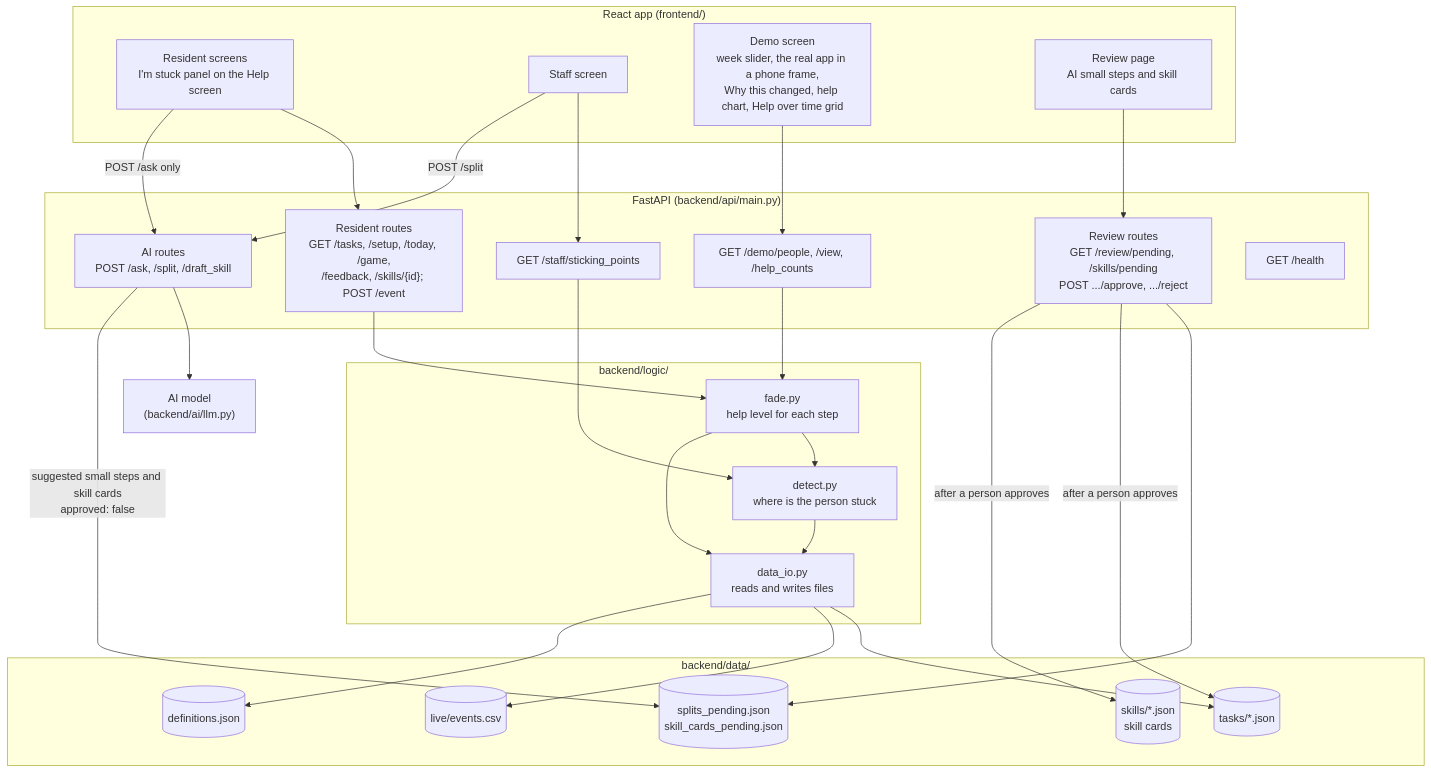
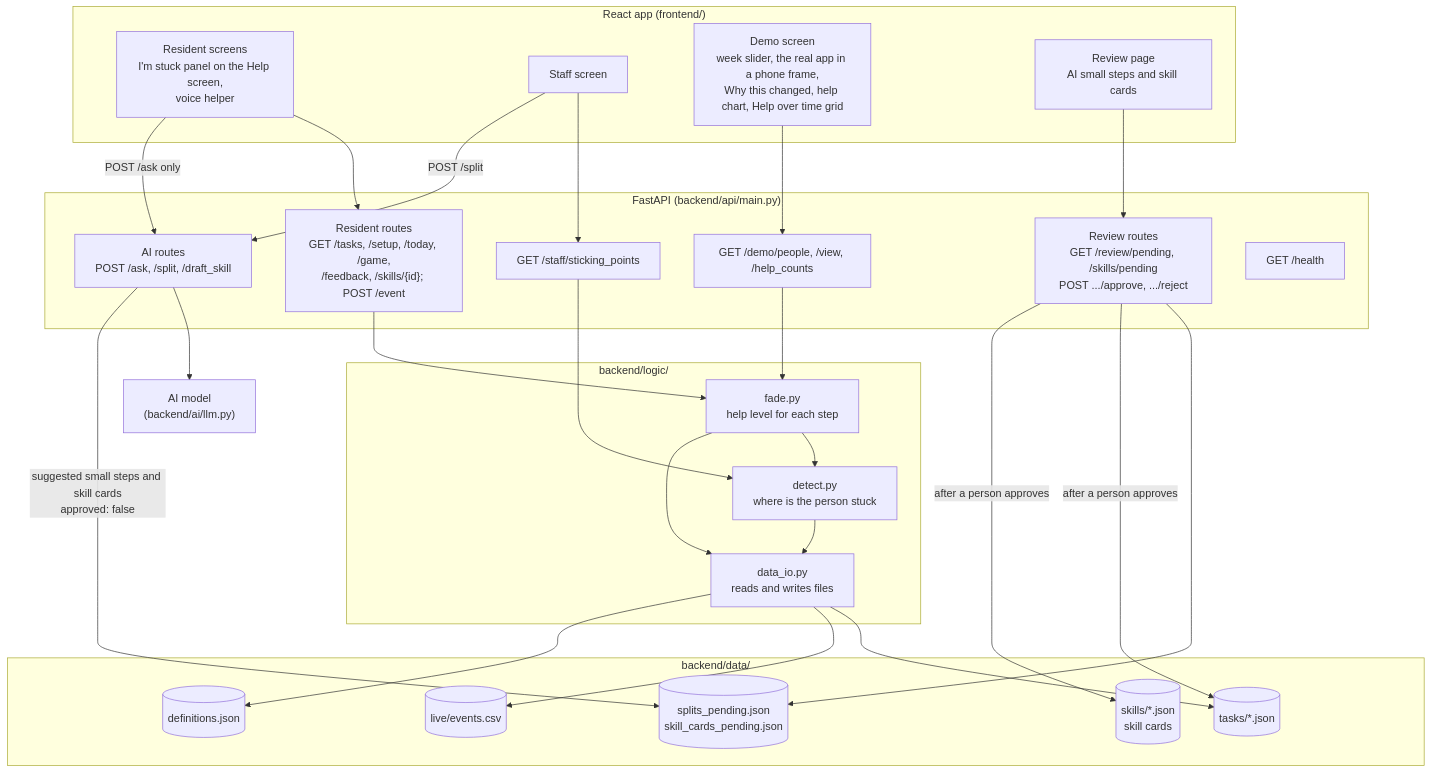
One commit to TeamHavenASU/Carryover changed the diagram in docs/architecture.md. Above: the diagram before and after it, drawn with Mermaid. The commit also changed 6 other files, not shown here.

Commit message:
Docs: match the new UI (read aloud with word highlight, Still stuck? card, voice helper) in guidelines, definitions text, README, ATTRIBUTION, responsible AI, future directions and architecture. Text only.

````diff
--- a/docs/architecture.md
+++ b/docs/architecture.md
@@ -5,58 +5,58 @@
 ```mermaid
 flowchart TD
   subgraph Browser["React app (frontend/)"]
-    Resident["Resident screens<br/>I'm stuck panel on the Help screen"]
+    Resident["Resident screens<br/>I'm stuck panel on the Help screen,<br/>voice helper"]
     Staff["Staff screen"]
     Demo["Demo screen<br/>week slider, the real app in a phone frame,<br/>Why this changed, help chart, Help over time grid"]
     Review["Review page<br/>AI small steps and skill cards"]
   end
 
   subgraph Backend["FastAPI (backend/api/main.py)"]
     Today["Resident routes<br/>GET /tasks, /setup, /today, /game,<br/>/feedback, /skills/{id}; POST /event"]
     AskSplit["AI routes<br/>POST /ask, /split, /draft_skill"]
     StaffRoutes["GET /staff/sticking_points"]
     DemoRoutes["GET /demo/people, /view, /help_counts"]
     ReviewRoutes["Review routes<br/>GET /review/pending, /skills/pending<br/>POST .../approve, .../reject"]
     Health["GET /health"]
   end
 
   subgraph Logic["backend/logic/"]
     DataIO["data_io.py<br/>reads and writes files"]
     Detect["detect.py<br/>where is the person stuck"]
     Fade["fade.py<br/>help level for each step"]
   end
 
   subgraph Data["backend/data/"]
     Tasks[("tasks/*.json")]
     Events[("live/events.csv")]
     Defs[("definitions.json")]
     Pending[("splits_pending.json<br/>skill_cards_pending.json")]
     Skills[("skills/*.json<br/>skill cards")]
   end
 
   Model["AI model<br/>(backend/ai/llm.py)"]
 
   Resident --> Today
   Resident -->|"POST /ask only"| AskSplit
   Staff --> StaffRoutes
   Staff -->|"POST /split"| AskSplit
   Demo --> DemoRoutes
   Review --> ReviewRoutes
 
   StaffRoutes --> Detect
 
   Today --> Fade
   DemoRoutes --> Fade
   Fade --> Detect
   Fade --> DataIO
   Detect --> DataIO
   DataIO --> Tasks
   DataIO --> Events
   DataIO --> Defs
 
   AskSplit --> Model
   AskSplit -->|"suggested small steps and skill cards<br/>approved: false"| Pending
   ReviewRoutes --> Pending
   ReviewRoutes -->|"after a person approves"| Tasks
   ReviewRoutes -->|"after a person approves"| Skills
 ```
````
